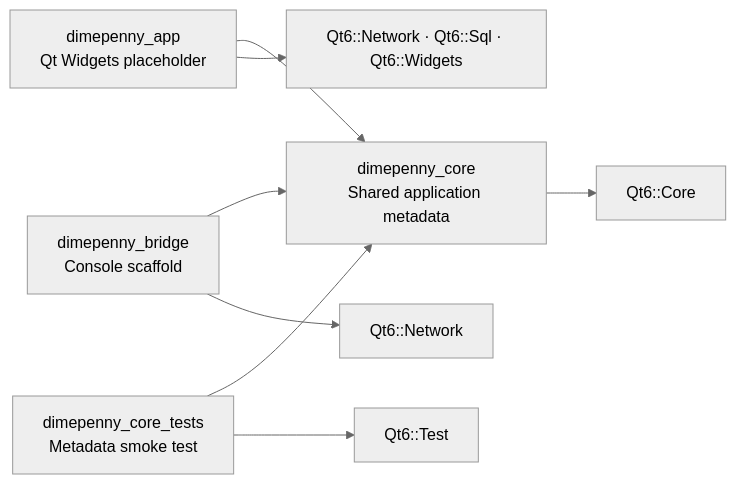
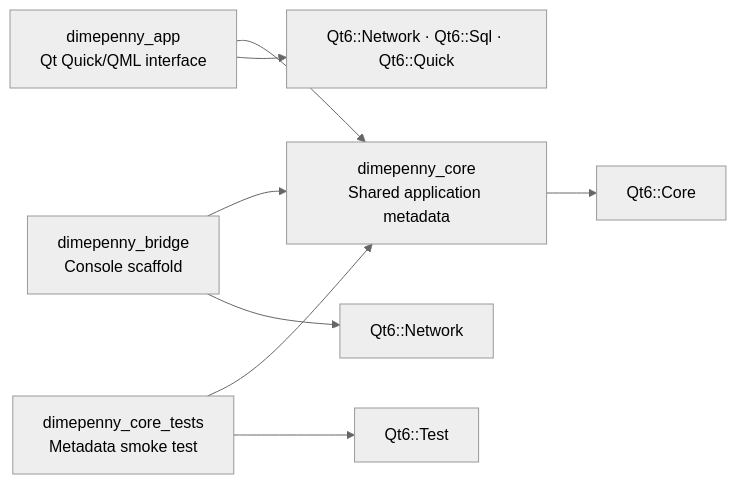
One commit to falconmath27/CodexNotifier changed the first of 2 diagrams in README.md. Above: the diagram before and after it, drawn with Mermaid (neutral theme). The commit also changed other lines of this file and 13 other files, not shown here.

````diff
--- a/README.md
+++ b/README.md
@@ -55,15 +55,15 @@
 ```mermaid
 flowchart LR
-    app["dimepenny_app<br/>Qt Widgets placeholder"]
+    app["dimepenny_app<br/>Qt Quick/QML interface"]
     bridge["dimepenny_bridge<br/>Console scaffold"]
     tests["dimepenny_core_tests<br/>Metadata smoke test"]
     core["dimepenny_core<br/>Shared application metadata"]
 
     app --> core
     bridge --> core
     tests --> core
     core --> qtcore["Qt6::Core"]
-    app --> appqt["Qt6::Network · Qt6::Sql · Qt6::Widgets"]
+    app --> appqt["Qt6::Network · Qt6::Sql · Qt6::Quick"]
     bridge --> qtnetwork["Qt6::Network"]
     tests --> qttest["Qt6::Test"]
 ```
````
